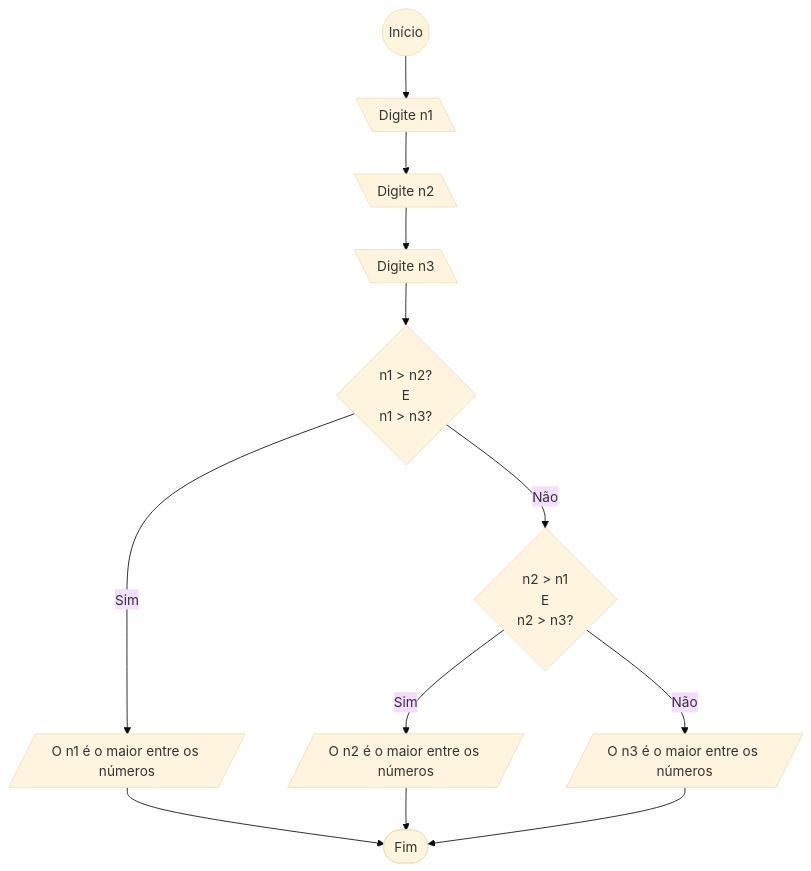
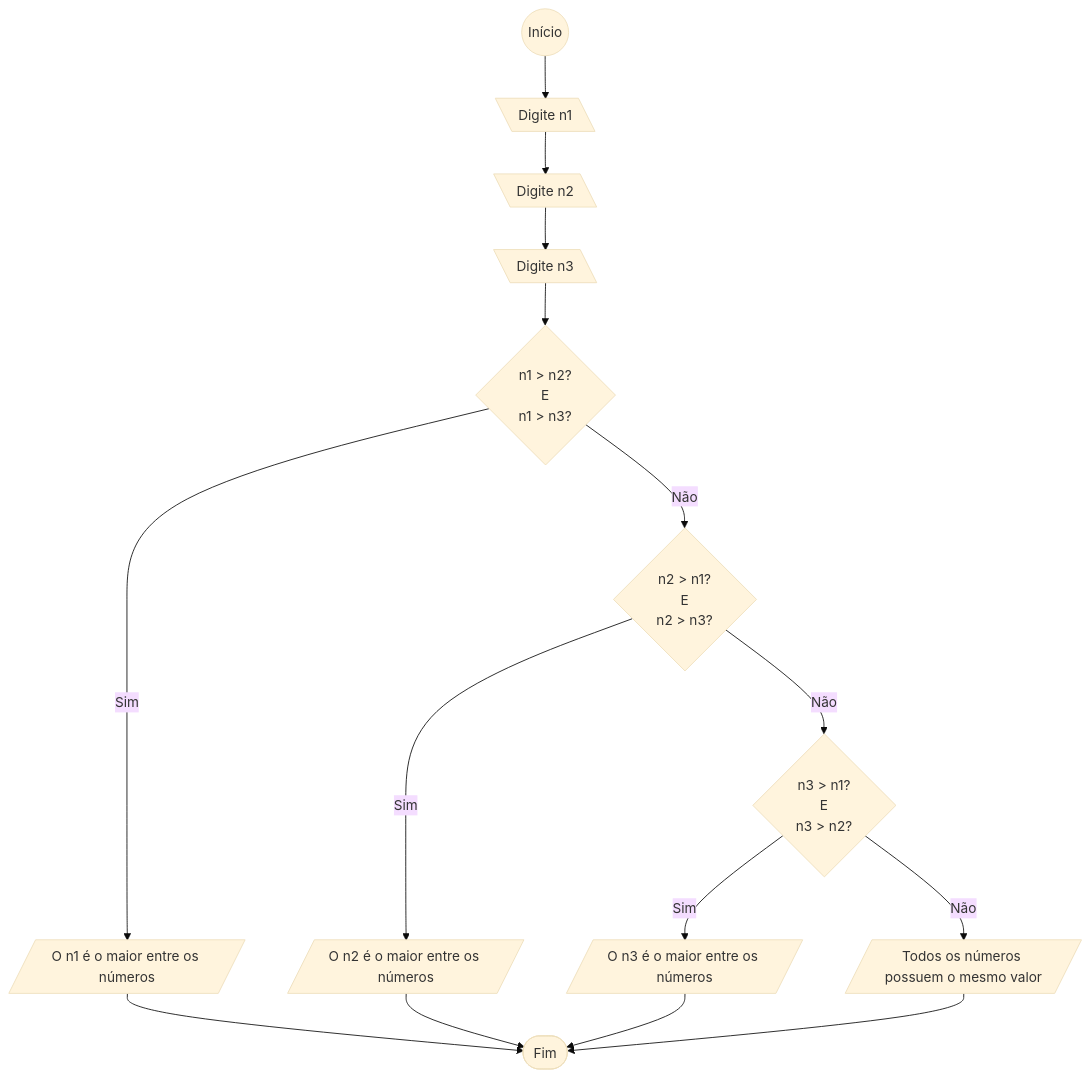
One commit to lucasmiguelleite/Lista_Caina changed the seventh of 10 diagrams in LP_Lista_01/README.md. Above: the diagram before and after it, drawn with Mermaid (base theme).

Commit message:
:books: docs: lista 01 exercício 07 corrigido

````diff
--- a/LP_Lista_01/README.md
+++ b/LP_Lista_01/README.md
@@ -113,22 +113,29 @@
    ```mermaid
    flowchart TD
       start(( Início )) --> firstInput[\ Digite n1 \]
       firstInput --> secondInput[\ Digite n2 \]
       secondInput --> thirdInput[\ Digite n3 \] 
       thirdInput --> verification{ 
          n1 > n2? 
          E
          n1 > n3? 
       }
       verification --> | Sim | A[/ O n1 é o maior entre os números /]
       verification --> | Não | secondVerification{
-         n2 > n1
+         n2 > n1?
          E
          n2 > n3? 
       }
       secondVerification --> | Sim | B[/ O n2 é o maior entre os números /]
-      secondVerification --> | Não | C[/ O n3 é o maior entre os números /]
+      secondVerification --> | Não | thirdVerification{ 
+         n3 > n1?
+         E
+         n3 > n2?
+      }
+      thirdVerification --> | Sim | C[/ O n3 é o maior entre os números /]
+      thirdVerification --> | Não | D[/ Todos os números possuem o mesmo valor /]
       A --> finish([ Fim ])
       B --> finish
       C --> finish
+      D --> finish
    ```
````
